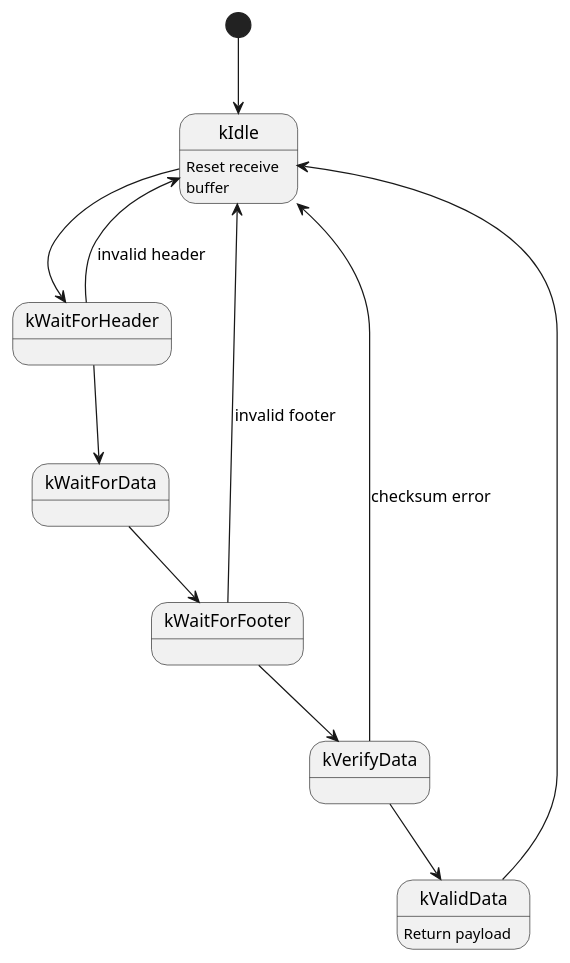
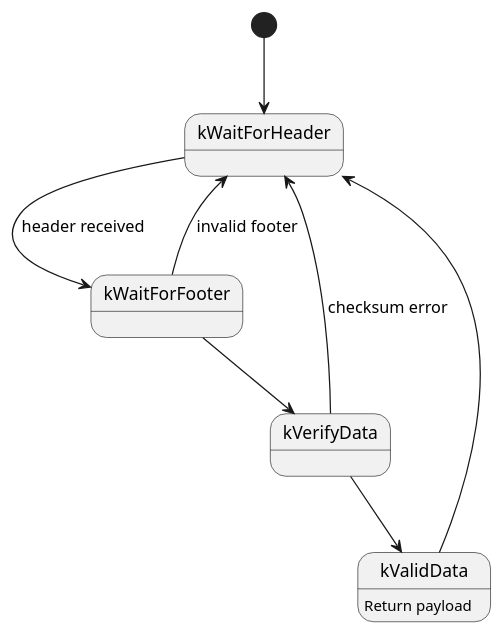
The diagram in src/ble_handler/king_shark_bms_state_machine.pu (SimonKagstrom/radbuzz), drawn with PlantUML before and after one commit. The commit also changed 2 other files, not shown here.

```diff
--- a/src/ble_handler/king_shark_bms_state_machine.pu
+++ b/src/ble_handler/king_shark_bms_state_machine.pu
@@ -1,27 +1,20 @@
 @startuml
 
-state kIdle : Reset receive\nbuffer
 state kWaitForHeader
-state kWaitForData
 state kWaitForFooter
 state kVerifyData
 state kValidData : Return payload
 
-[*] --> kIdle
+[*] --> kWaitForHeader
 
-kIdle --> kWaitForHeader
-
-kWaitForHeader --> kWaitForData
-kWaitForHeader --> kIdle : invalid header
-
-kWaitForData --> kWaitForFooter
+kWaitForHeader --> kWaitForFooter : header received
 
 kWaitForFooter --> kVerifyData
-kWaitForFooter --> kIdle : invalid footer
+kWaitForFooter --> kWaitForHeader : invalid footer
 
 kVerifyData --> kValidData
-kVerifyData --> kIdle : checksum error
+kVerifyData --> kWaitForHeader : checksum error
 
-kValidData --> kIdle
+kValidData --> kWaitForHeader
 
 @enduml
```
